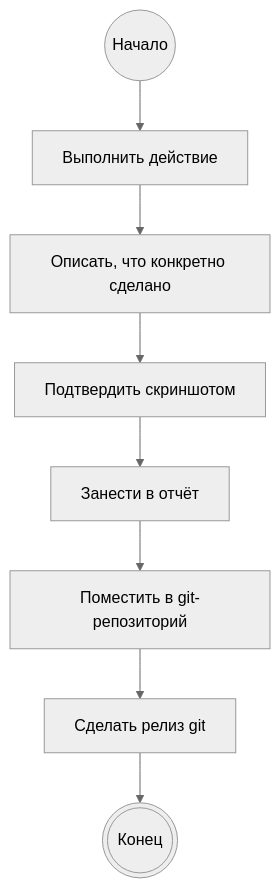
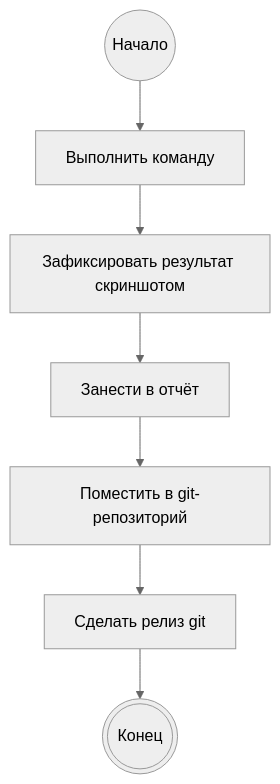
The diagram in labs/lab06/report/os-intro-lab06-report.qmd (pakarah/study_2025-2026_os-intro), drawn with Mermaid (neutral theme) before and after one commit. The commit also changed other lines of this file and 23 other files, not shown here.

````diff
--- a/labs/lab06/report/os-intro-lab06-report.qmd
+++ b/labs/lab06/report/os-intro-lab06-report.qmd
@@ -62,11 +65,10 @@
 ```{mermaid}
 %%| fig-width: 100%
 graph TD
-    A@{ shape: circle, label: "Начало" } --> B[Выполнить действие]
-    B --> C[Описать, что конкретно сделано]
-    C --> D[Подтвердить скриншотом]
-    D --> E[Занести в отчёт]
-    E --> F[Поместить в git-репозиторий]
-    F --> G[Сделать релиз git]
-    G --> J@{ shape: dbl-circ, label: "Конец" }
+    A@{ shape: circle, label: "Начало" } --> B[Выполнить команду]
+    B --> C[Зафиксировать результат скриншотом]
+    C --> D[Занести в отчёт]
+    D --> E[Поместить в git-репозиторий]
+    E --> F[Сделать релиз git]
+    F --> G@{ shape: dbl-circ, label: "Конец" }
 ```
````
